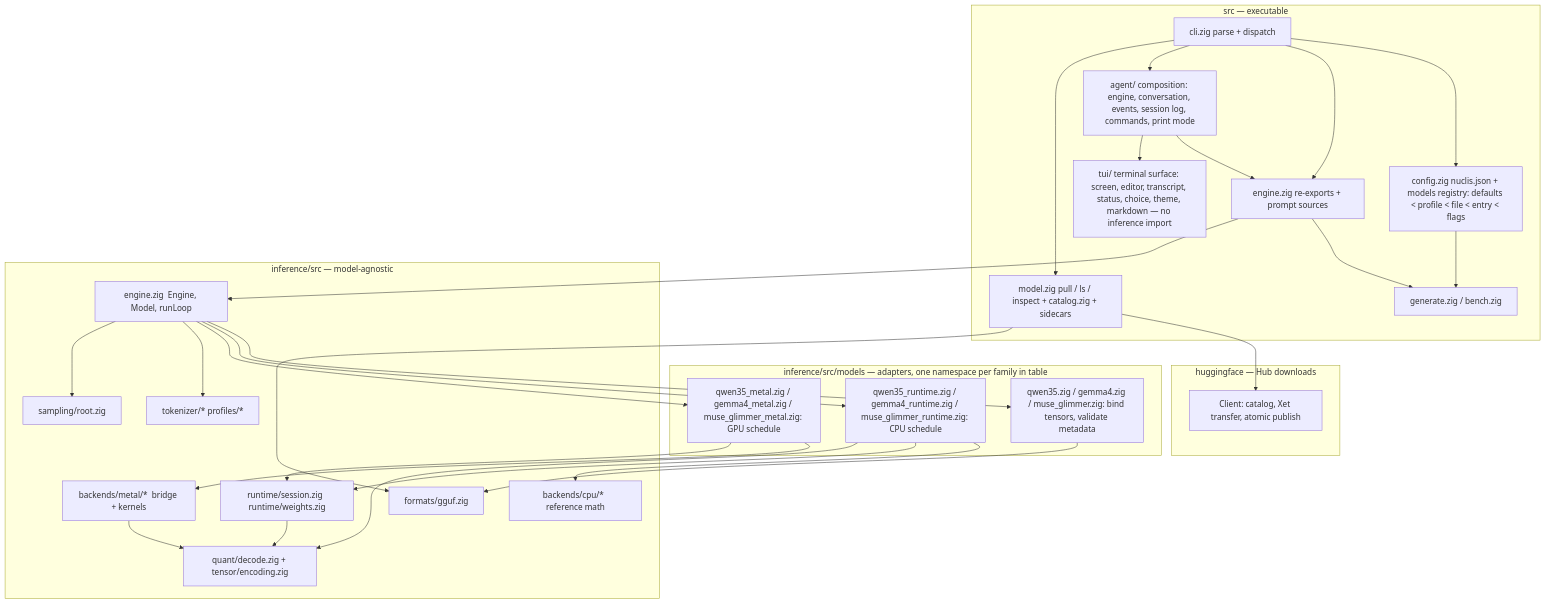
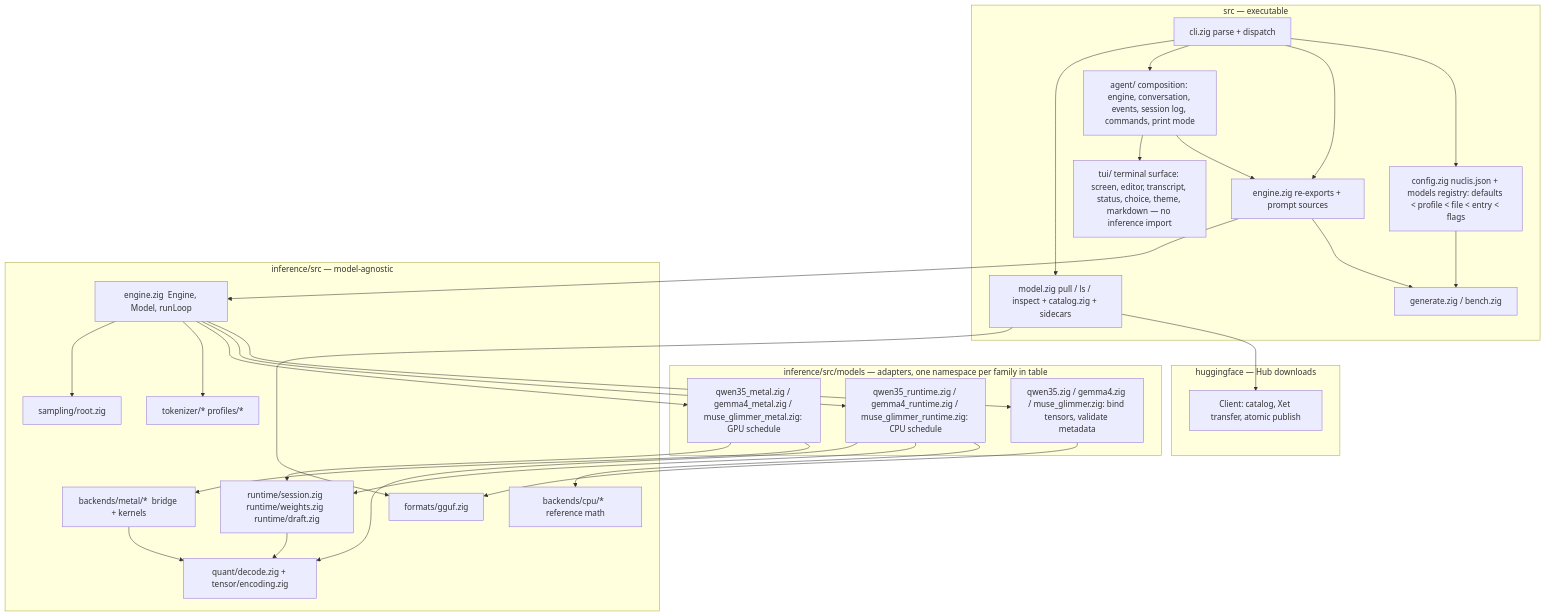
Before and after one commit to tildaslashalef/nuclis: the second of 9 diagrams in docs/architecture.md, drawn with Mermaid. The commit also changed other lines of this file and 11 other files, not shown here.

````diff
--- a/docs/architecture.md
+++ b/docs/architecture.md
@@ -72,54 +72,54 @@
 ```mermaid
 flowchart TB
     subgraph exe [src — executable]
         cli[cli.zig parse + dispatch]
         config[config.zig nuclis.json + models registry: defaults < profile < file < entry < flags]
         tui[tui/ terminal surface: screen, editor, transcript, status, choice, theme, markdown — no inference import]
         agent[agent/ composition: engine, conversation, events, session log, commands, print mode]
         engine[engine.zig re-exports + prompt sources]
         gen[generate.zig / bench.zig]
         model[model.zig pull / ls / inspect + catalog.zig + sidecars]
     end
     subgraph hfpkg [huggingface — Hub downloads]
         hf[Client: catalog, Xet transfer, atomic publish]
     end
     subgraph models [inference/src/models — adapters, one namespace per family in table]
         bind[qwen35.zig / gemma4.zig / muse_glimmer.zig: bind tensors, validate metadata]
         rt[qwen35_runtime.zig / gemma4_runtime.zig / muse_glimmer_runtime.zig: CPU schedule]
         plan[qwen35_metal.zig / gemma4_metal.zig / muse_glimmer_metal.zig: GPU schedule]
     end
     subgraph shared [inference/src — model-agnostic]
         gguf[formats/gguf.zig]
         quant[quant/decode.zig + tensor/encoding.zig]
         tok[tokenizer/*  profiles/*]
-        sess[runtime/session.zig  runtime/weights.zig]
+        sess[runtime/session.zig  runtime/weights.zig  runtime/draft.zig]
         eng[engine.zig  Engine, Model, runLoop]
         samp[sampling/root.zig]
         cpu[backends/cpu/*  reference math]
         metal[backends/metal/*  bridge + kernels]
     end
     cli --> config
     cli --> engine
     cli --> agent
     cli --> model
     model --> hf
     model --> gguf
     config --> gen
     agent --> engine
     agent --> tui
     engine --> gen
     engine --> eng
     eng --> bind
     eng --> rt
     eng --> plan
     eng --> tok
     eng --> samp
     bind --> gguf
     rt --> cpu
     rt --> sess
     rt --> quant
     plan --> metal
     plan --> sess
     metal --> quant
     sess --> quant
 ```
````
